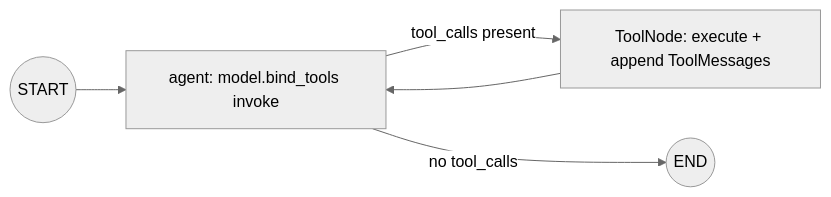
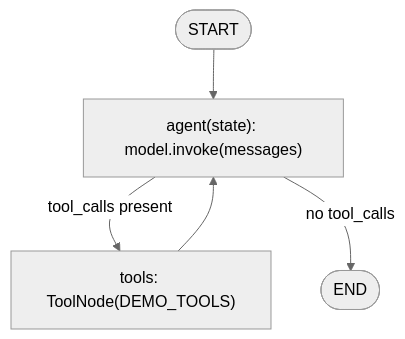
One commit to xergioalex/agent-lab changed the first of 2 diagrams in src/17_function_calling/README.md. Above: the diagram before and after it, drawn with Mermaid (neutral theme). The commit also changed other lines of this file and 64 other files, not shown here.

First line of the commit message:
docs(docs): premium Mermaid diagram pass on all 64 module READMEs

````diff
--- a/src/17_function_calling/README.md
+++ b/src/17_function_calling/README.md
@@ -49,7 +49,7 @@
 ```mermaid
-graph LR
-    START((START)) --> Agent[agent: model.bind_tools invoke]
-    Agent -->|tool_calls present| Tools[ToolNode: execute + append ToolMessages]
-    Tools --> Agent
-    Agent -->|no tool_calls| END((END))
+flowchart TD
+    START([START]) --> agent["agent(state): model.invoke(messages)"]
+    agent -->|"tool_calls present"| tools["tools: ToolNode(DEMO_TOOLS)"]
+    agent -->|"no tool_calls"| END([END])
+    tools --> agent
 ```
````
